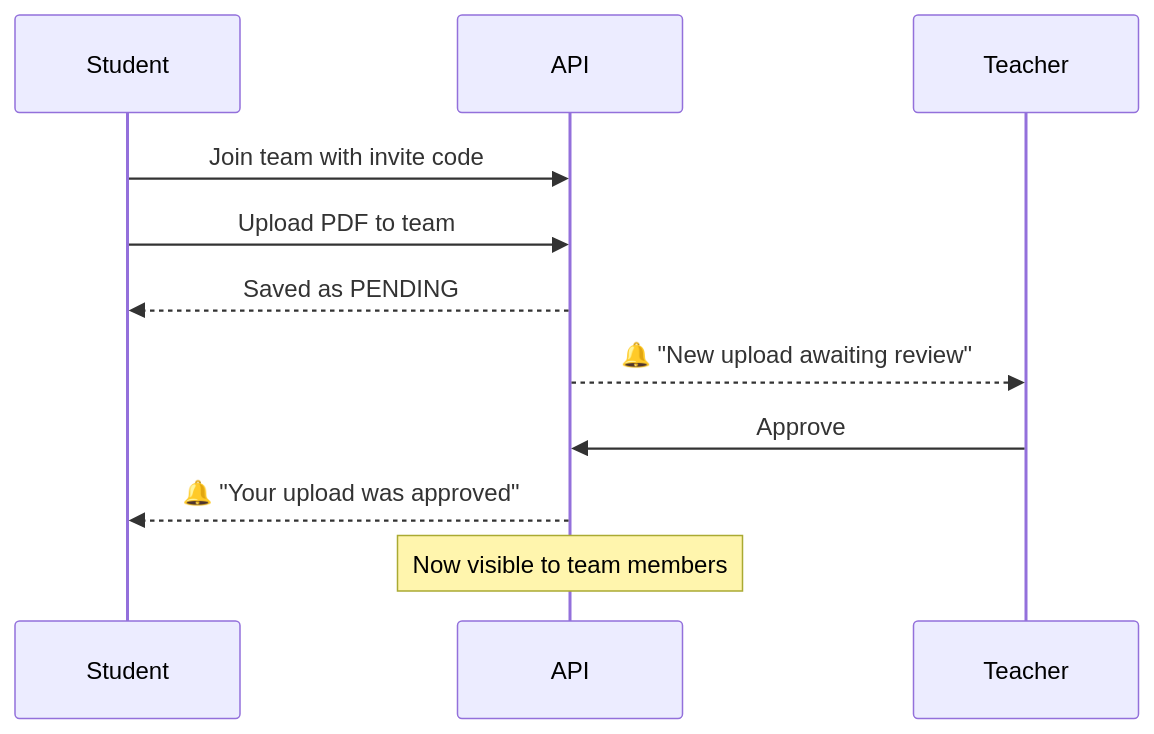
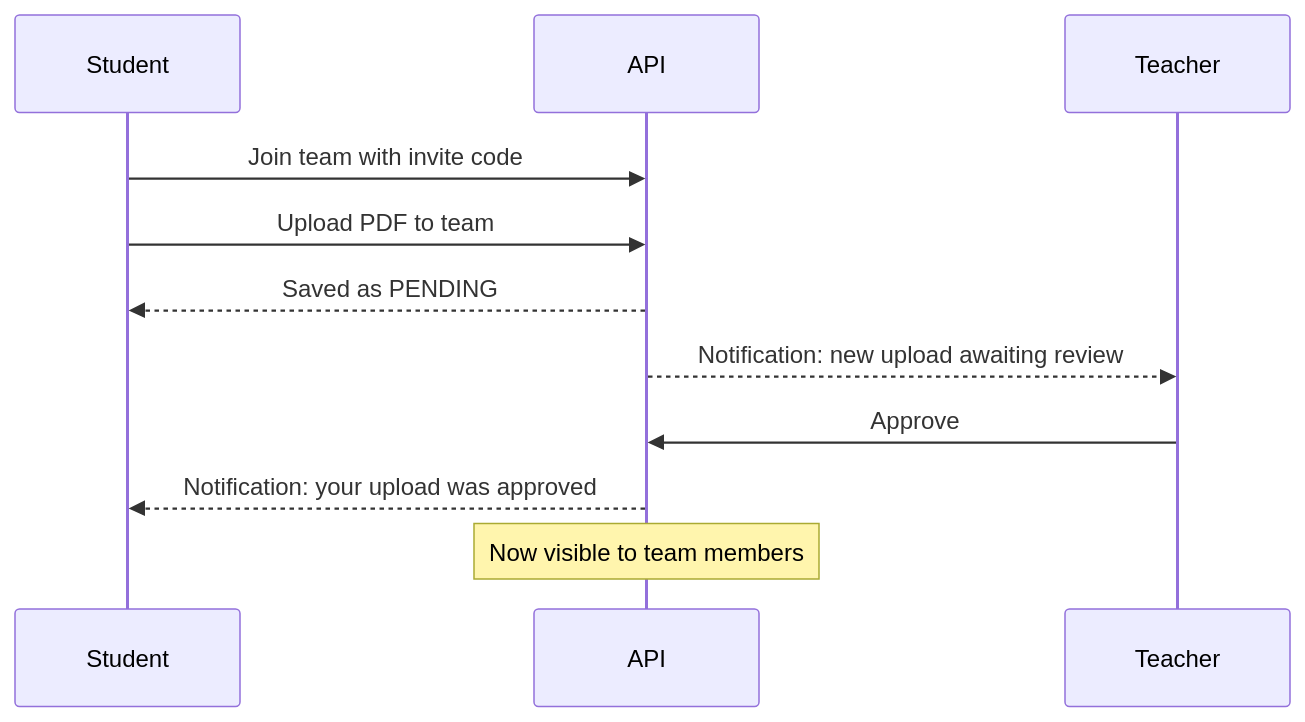
Before and after one commit to omkargitcs/campus-share: the diagram in README.md, drawn with Mermaid. The commit also changed other lines of this file and 3 other files, not shown here.

````diff
--- a/README.md
+++ b/README.md
@@ -49,13 +100,13 @@
 ```mermaid
 sequenceDiagram
     participant S as Student
     participant API
     participant T as Teacher
     S->>API: Join team with invite code
     S->>API: Upload PDF to team
     API-->>S: Saved as PENDING
-    API-->>T: 🔔 "New upload awaiting review"
+    API-->>T: Notification: new upload awaiting review
     T->>API: Approve
-    API-->>S: 🔔 "Your upload was approved"
+    API-->>S: Notification: your upload was approved
     Note over API: Now visible to team members
 ```
````
